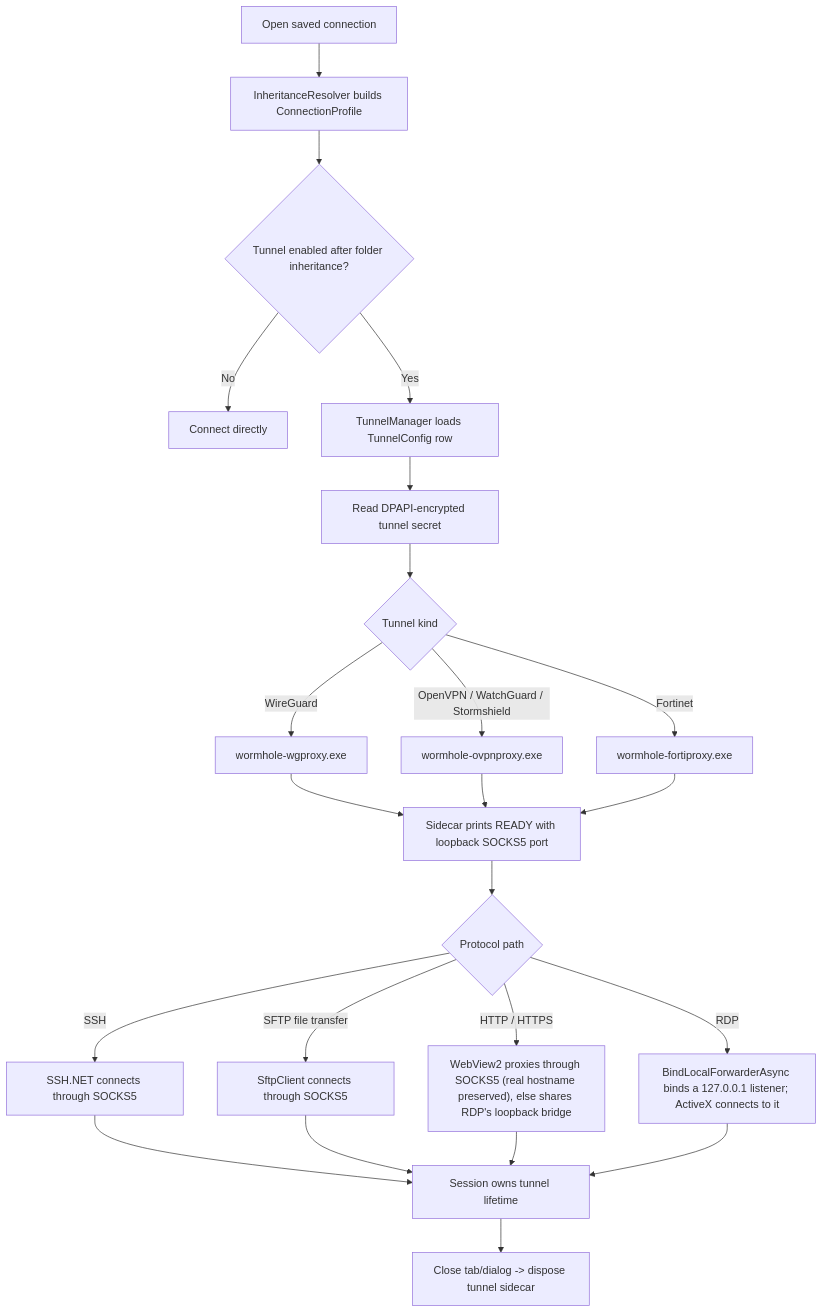
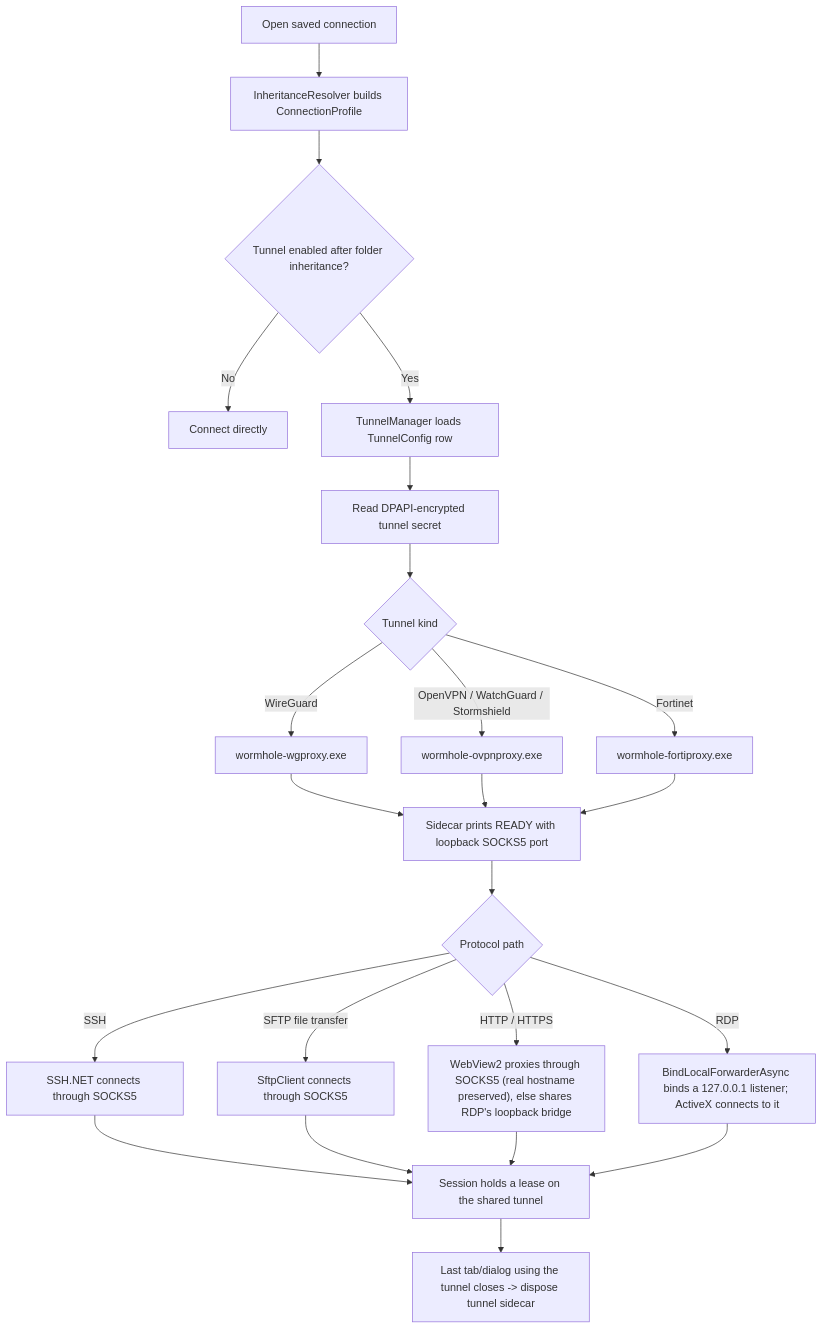
Before and after one commit to xBounceIT/wormhole: the diagram in README.md, drawn with Mermaid. The commit also changed other lines of this file and 15 other files, not shown here.

````diff
--- a/README.md
+++ b/README.md
@@ -104,25 +111,25 @@
 ```mermaid
 flowchart TD
     A["Open saved connection"] --> B["InheritanceResolver builds ConnectionProfile"]
     B --> C{"Tunnel enabled after folder inheritance?"}
     C -- "No" --> D["Connect directly"]
     C -- "Yes" --> E["TunnelManager loads TunnelConfig row"]
     E --> F["Read DPAPI-encrypted tunnel secret"]
     F --> G{"Tunnel kind"}
     G -- "WireGuard" --> H["wormhole-wgproxy.exe"]
     G -- "OpenVPN / WatchGuard / Stormshield" --> I["wormhole-ovpnproxy.exe"]
     G -- "Fortinet" --> J["wormhole-fortiproxy.exe"]
     H --> K["Sidecar prints READY with loopback SOCKS5 port"]
     I --> K
     J --> K
     K --> L{"Protocol path"}
     L -- "SSH" --> M["SSH.NET connects through SOCKS5"]
     L -- "SFTP file transfer" --> N["SftpClient connects through SOCKS5"]
     L -- "HTTP / HTTPS" --> R["WebView2 proxies through SOCKS5 (real hostname preserved), else shares RDP's loopback bridge"]
     L -- "RDP" --> O["BindLocalForwarderAsync binds a 127.0.0.1 listener; ActiveX connects to it"]
-    M --> P["Session owns tunnel lifetime"]
+    M --> P["Session holds a lease on the shared tunnel"]
     N --> P
     R --> P
     O --> P
-    P --> Q["Close tab/dialog -> dispose tunnel sidecar"]
+    P --> Q["Last tab/dialog using the tunnel closes -> dispose tunnel sidecar"]
 ```
````
